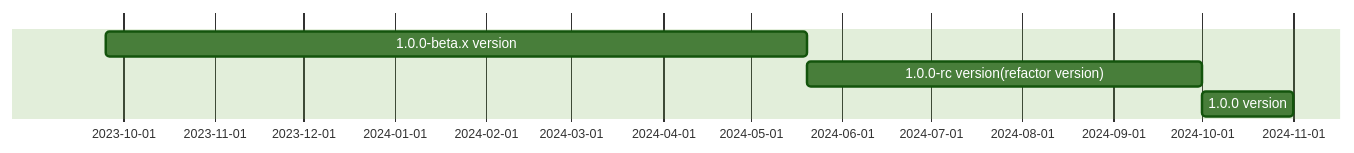
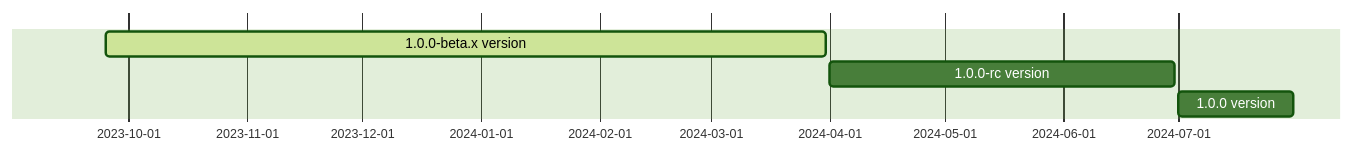
The diagram in README.zh-CN.md (xuanlid/tiny-engine), drawn with Mermaid (forest theme) before and after one commit. The commit also changed other lines of this file and 218 other files, not shown here.

````diff
--- a/README.zh-CN.md
+++ b/README.zh-CN.md
@@ -86,10 +87,10 @@
 ```mermaid
-gantt 
+gantt
 dateFormat YYYY-MM-DD
 axisFormat %Y-%m-%d
 
-1.0.0-beta.x version : 2023-09-25, 2024-05-20
-1.0.0-rc version(refactor version) : 2024-10-01
-1.0.0 version : 2024-11-01
+	1.0.0-beta.x version	:active,2023-09-25, 2024-03-31
+	1.0.0-rc	version    :       2024-04-01, 2024-06-30
+	1.0.0 version   :          2024-07-01, 2024-07-31
 
 ```
````
